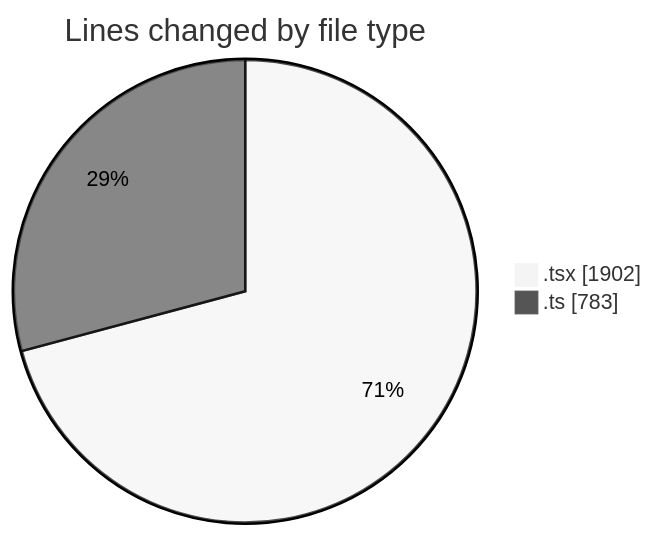
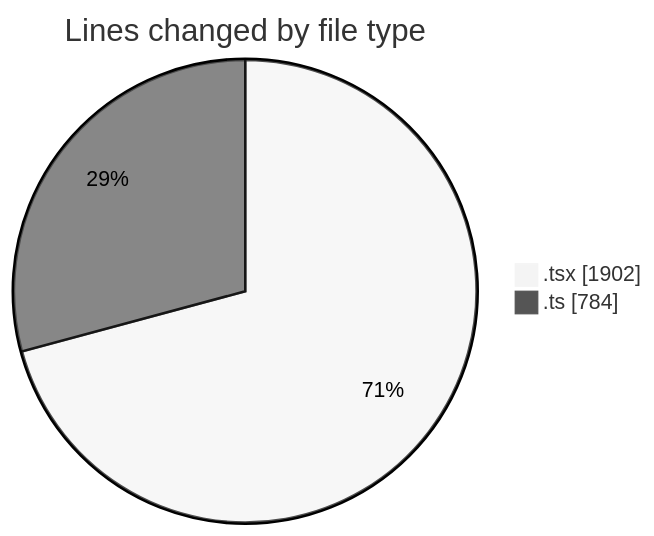
Before and after one commit to nxtqubesakshisongat/code-tracking: the first of 2 diagrams in 2026-05-14/nxtqube_webapp/README.md, drawn with Mermaid (neutral theme). The commit also changed other lines of this file and 1 other file, not shown here.

````diff
--- a/2026-05-14/nxtqube_webapp/README.md
+++ b/2026-05-14/nxtqube_webapp/README.md
@@ -23,6 +23,6 @@
 ```mermaid
 pie showData
 title Lines changed by file type
 ".tsx" : 1902
-".ts" : 783
+".ts" : 784
 ```
````
